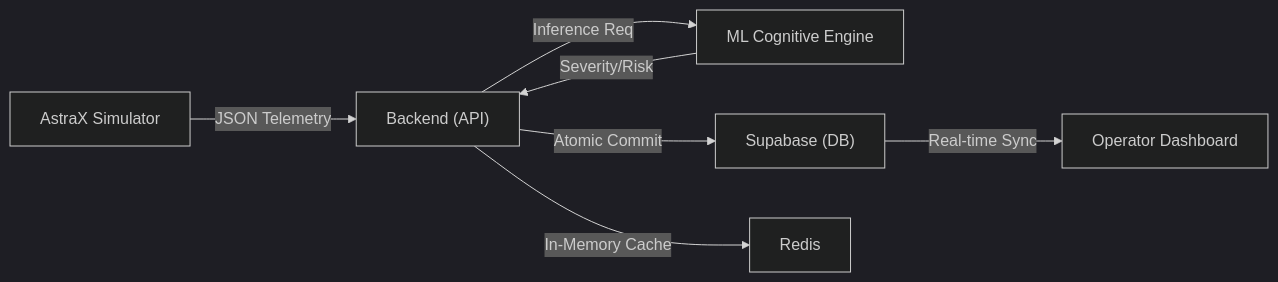
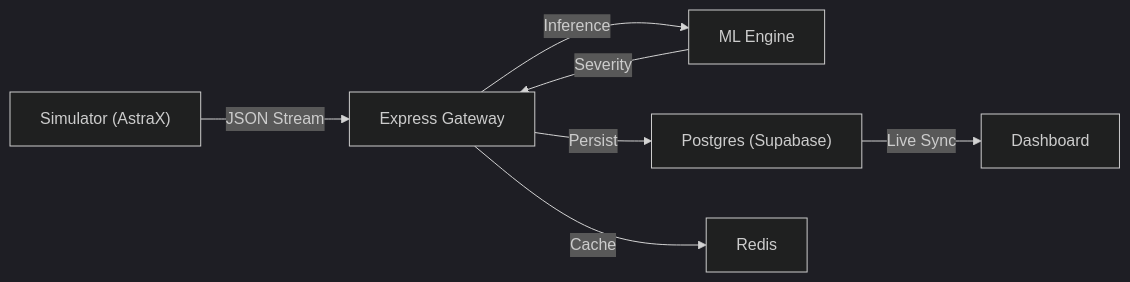
Before and after one commit to Nitantjain21022006/KavachX: the second of 3 diagrams in README.md, drawn with Mermaid (dark theme). The commit also changed other lines of this file, not shown here.

````diff
--- a/README.md
+++ b/README.md
@@ -24,9 +78,9 @@
 ```mermaid
 graph LR
-    S["AstraX Simulator"] -- "JSON Telemetry" --> B["Backend (API)"]
-    B -- "Inference Req" --> M["ML Cognitive Engine"]
-    M -- "Severity/Risk" --> B
-    B -- "Atomic Commit" --> D["Supabase (DB)"]
-    D -- "Real-time Sync" --> F["Operator Dashboard"]
-    B -- "In-Memory Cache" --> R["Redis"]
+    Sim["Simulator (AstraX)"] -- "JSON Stream" --> Gate["Express Gateway"]
+    Gate -- "Inference" --> ML["ML Engine"]
+    ML -- "Severity" --> Gate
+    Gate -- "Persist" --> SQL["Postgres (Supabase)"]
+    SQL -- "Live Sync" --> UI["Dashboard"]
+    Gate -- "Cache" --> RD["Redis"]
 ```
````
